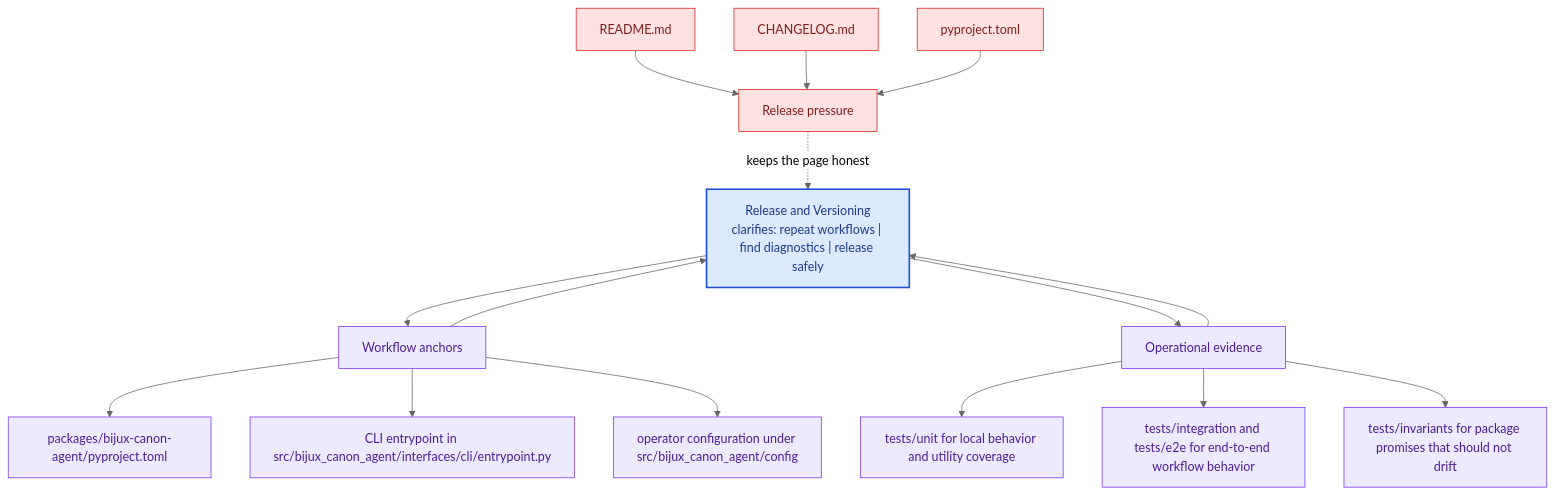
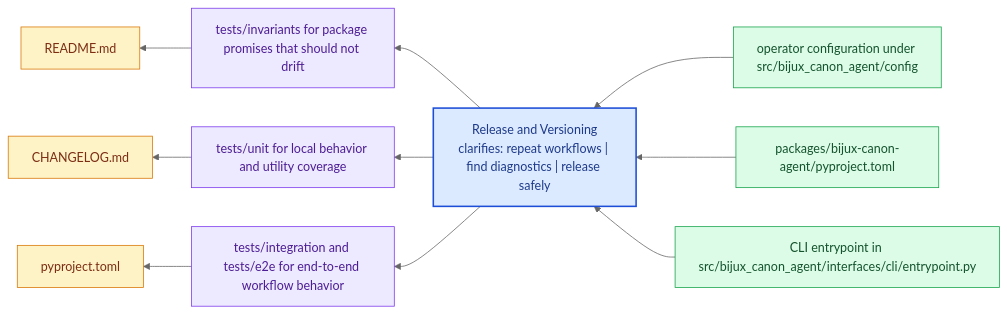
The diagram in docs/bijux-canon-agent/operations/release-and-versioning.md (bijux/bijux-canon), drawn with Mermaid (neutral theme) before and after one commit. The commit also changed other lines of this file and 281 other files, not shown here.

Commit message:
docs(diagrams): replace repeated mermaid scaffolds with page-specific summaries

````diff
--- a/docs/bijux-canon-agent/operations/release-and-versioning.md
+++ b/docs/bijux-canon-agent/operations/release-and-versioning.md
@@ -68,41 +23,31 @@
 ```mermaid
-flowchart TB
-    promise["Release and Versioning<br/>clarifies: repeat workflows | find diagnostics | release safely"]
-    classDef promise fill:#dbeafe,stroke:#1d4ed8,color:#1e3a8a,stroke-width:2px;
-    classDef driver fill:#dcfce7,stroke:#16a34a,color:#14532d;
-    classDef constraint fill:#fee2e2,stroke:#dc2626,color:#7f1d1d;
-    classDef ground fill:#ede9fe,stroke:#7c3aed,color:#4c1d95;
-    focus1["Workflow anchors"]
-    focus1 --> promise
-    promise --> focus1
-    focus1_1["packages/bijux-canon-agent/pyproject.toml"]
-    focus1 --> focus1_1
-    focus1_2["CLI entrypoint in src/bijux_canon_agent/interfaces/cli/entrypoint.py"]
-    focus1 --> focus1_2
-    focus1_3["operator configuration under src/bijux_canon_agent/config"]
-    focus1 --> focus1_3
-    class focus1 ground;
-    class focus1_1,focus1_2,focus1_3 ground;
-    focus2["Operational evidence"]
-    focus2 --> promise
-    promise --> focus2
-    focus2_1["tests/unit for local behavior and utility coverage"]
-    focus2 --> focus2_1
-    focus2_2["tests/integration and tests/e2e for end-to-end workflow behavior"]
-    focus2 --> focus2_2
-    focus2_3["tests/invariants for package promises that should not drift"]
-    focus2 --> focus2_3
-    class focus2 ground;
-    class focus2_1,focus2_2,focus2_3 ground;
-    focus3["Release pressure"]
-    focus3 -.keeps the page honest.-> promise
-    focus3_1["README.md"]
-    focus3_1 --> focus3
-    focus3_2["CHANGELOG.md"]
-    focus3_2 --> focus3
-    focus3_3["pyproject.toml"]
-    focus3_3 --> focus3
-    class focus3 constraint;
-    class focus3_1,focus3_2,focus3_3 constraint;
-    class promise promise;
+flowchart RL
+    page["Release and Versioning<br/>clarifies: repeat workflows | find diagnostics | release safely"]
+    classDef page fill:#dbeafe,stroke:#1d4ed8,color:#1e3a8a,stroke-width:2px;
+    classDef positive fill:#dcfce7,stroke:#16a34a,color:#14532d;
+    classDef caution fill:#fee2e2,stroke:#dc2626,color:#7f1d1d;
+    classDef anchor fill:#ede9fe,stroke:#7c3aed,color:#4c1d95;
+    classDef action fill:#fef3c7,stroke:#d97706,color:#7c2d12;
+    step1["operator configuration under src/bijux_canon_agent/config"]
+    step1 --> page
+    step2["packages/bijux-canon-agent/pyproject.toml"]
+    step2 --> page
+    step3["CLI entrypoint in src/bijux_canon_agent/interfaces/cli/entrypoint.py"]
+    step3 --> page
+    run1["tests/invariants for package promises that should not drift"]
+    page --> run1
+    run2["tests/unit for local behavior and utility coverage"]
+    page --> run2
+    run3["tests/integration and tests/e2e for end-to-end workflow behavior"]
+    page --> run3
+    release1["README.md"]
+    run1 --> release1
+    release2["CHANGELOG.md"]
+    run2 --> release2
+    release3["pyproject.toml"]
+    run3 --> release3
+    class page page;
+    class step1,step2,step3 positive;
+    class run1,run2,run3 anchor;
+    class release1,release2,release3 action;
 ```
````
